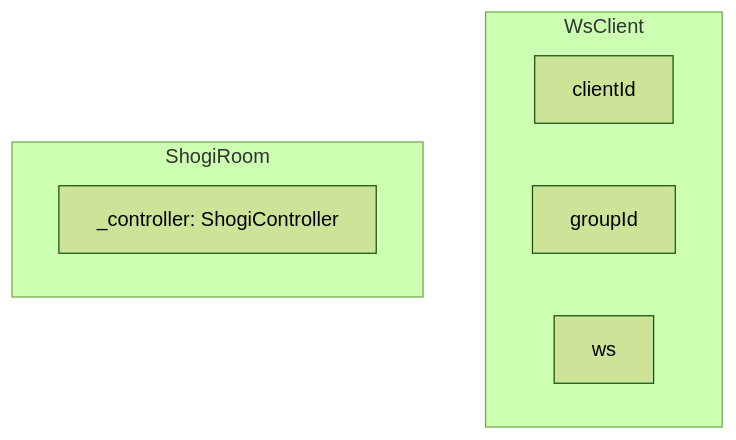
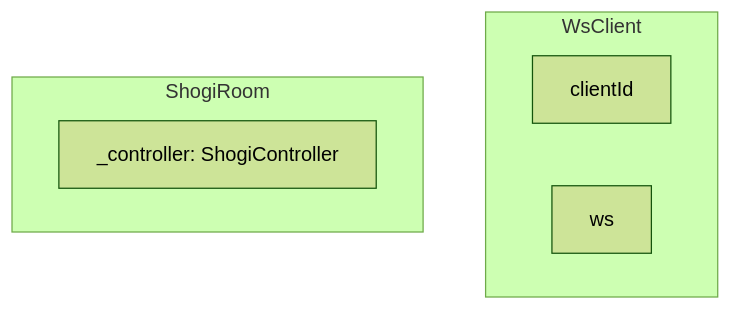
Before and after one commit to fujitashuichi/undo-shogi: the second of 2 diagrams in apps/backend/ws/WebScketRegistry.md, drawn with Mermaid (forest theme). The commit also changed 5 other files, not shown here.

````diff
--- a/apps/backend/ws/WebScketRegistry.md
+++ b/apps/backend/ws/WebScketRegistry.md
@@ -18,13 +18,12 @@
 ```mermaid
 flowchart TD
 
 subgraph WsClient
   clientId
-  groupId
   ws
 end
 
 subgraph ShogiRoom
   controller[_controller: ShogiController]
 end
 ```
````
